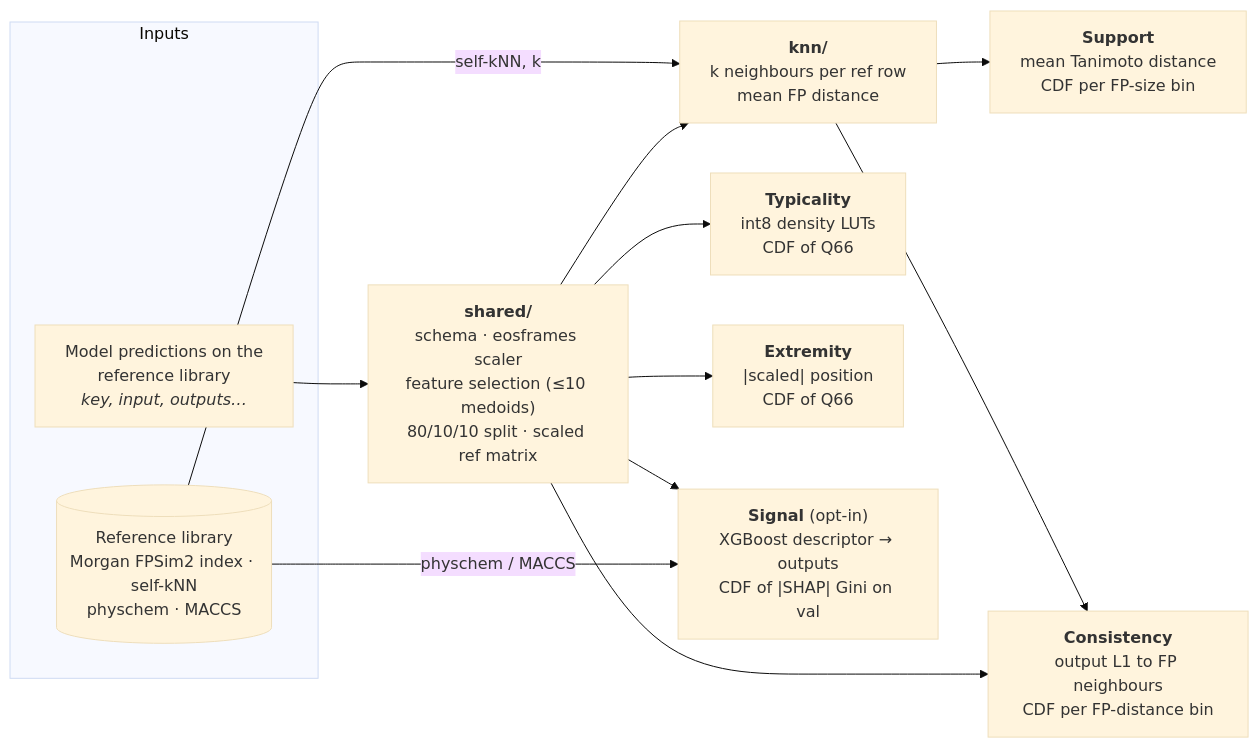
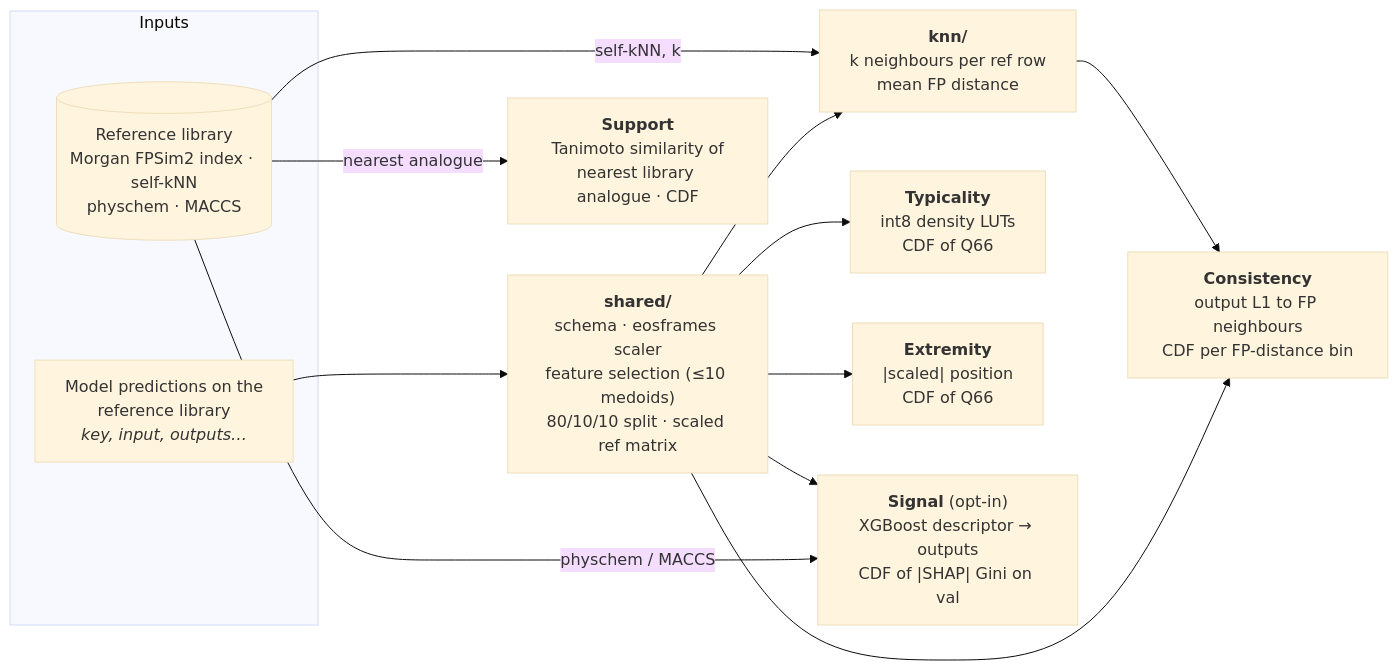
The first of 2 diagrams in docs/diagram.md (ersilia-os/eosquality), drawn with Mermaid (base theme) before and after one commit. The commit also changed other lines of this file and 10 other files, not shown here.

First line of the commit message:
Redefine support as nearest-analogue similarity (format 4)

````diff
--- a/docs/diagram.md
+++ b/docs/diagram.md
@@ -5,19 +5,19 @@
 ```mermaid
 flowchart LR
     subgraph inputs[Inputs]
         REF["Model predictions on the<br/>reference library<br/><i>key, input, outputs…</i>"]
         LIB[("Reference library<br/>Morgan FPSim2 index · self-kNN<br/>physchem · MACCS")]
     end
 
     REF --> SH["<b>shared/</b><br/>schema · eosframes scaler<br/>feature selection (≤10 medoids)<br/>80/10/10 split · scaled ref matrix"]
     LIB -- "self-kNN, k" --> KNN["<b>knn/</b><br/>k neighbours per ref row<br/>mean FP distance"]
     SH --> KNN
 
     SH --> TYP["<b>Typicality</b><br/>int8 density LUTs<br/>CDF of Q66"]
     SH --> EXT["<b>Extremity</b><br/>|scaled| position<br/>CDF of Q66"]
-    KNN --> SUP["<b>Support</b><br/>mean Tanimoto distance<br/>CDF per FP-size bin"]
+    LIB -- "nearest analogue" --> SUP["<b>Support</b><br/>Tanimoto similarity of<br/>nearest library analogue · CDF"]
     KNN --> CON["<b>Consistency</b><br/>output L1 to FP neighbours<br/>CDF per FP-distance bin"]
     SH --> CON
     SH --> SIG["<b>Signal</b> (opt-in)<br/>XGBoost descriptor → outputs<br/>CDF of |SHAP| Gini on val"]
     LIB -- "physchem / MACCS" --> SIG
 ```
````
